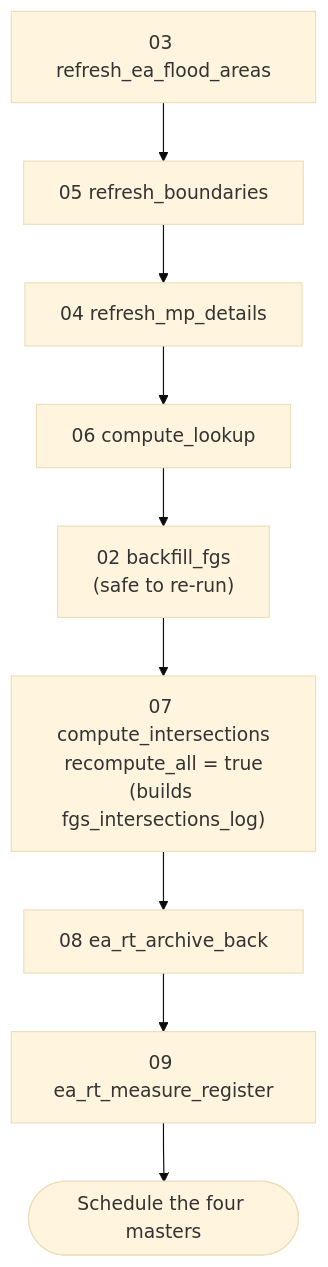
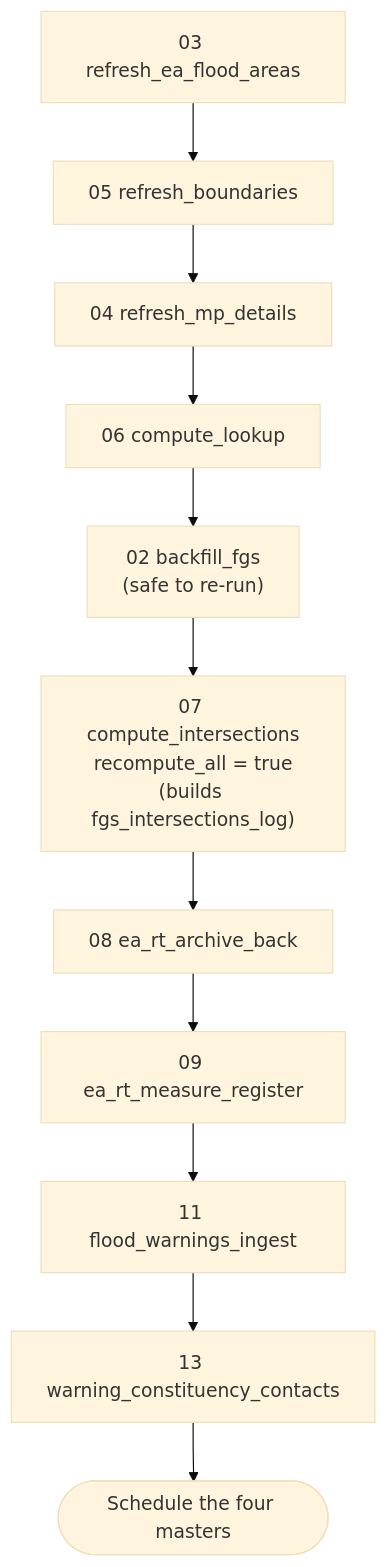
One commit to JonPayneEA/FGS_Notebooks changed the first of 5 diagrams in README.md. Above: the diagram before and after it, drawn with Mermaid (base theme). The commit also changed other lines of this file and 5 other files, not shown here.

First line of the commit message:
Add flood_warning_constituency_contacts: warnings x constituencies x MPs

````diff
--- a/README.md
+++ b/README.md
@@ -113,11 +117,13 @@
 ```mermaid
 flowchart TD
     A["03 refresh_ea_flood_areas"] --> B["05 refresh_boundaries"]
     B --> C["04 refresh_mp_details"]
     C --> D["06 compute_lookup"]
     D --> E["02 backfill_fgs<br/>(safe to re-run)"]
     E --> F["07 compute_intersections<br/>recompute_all = true<br/>(builds fgs_intersections_log)"]
     F --> G["08 ea_rt_archive_back"]
     G --> H["09 ea_rt_measure_register"]
-    H --> I(["Schedule the four masters"])
+    H --> H2["11 flood_warnings_ingest"]
+    H2 --> H3["13 warning_constituency_contacts"]
+    H3 --> I(["Schedule the four masters"])
 ```
````
